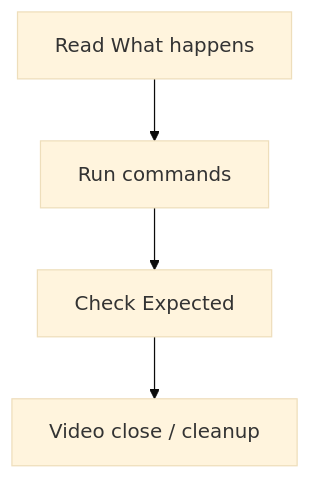
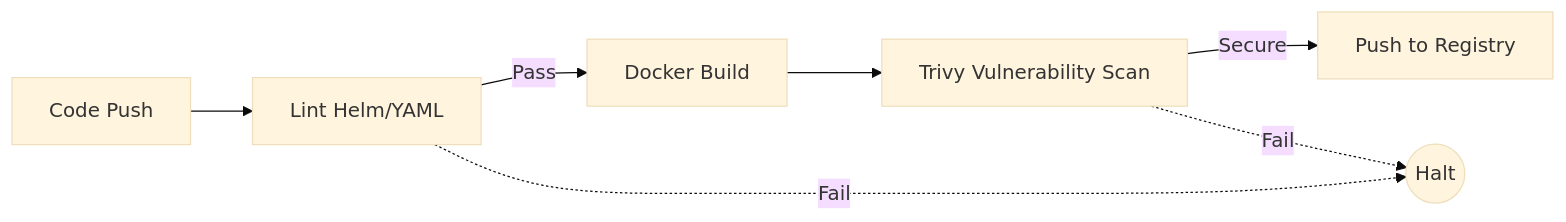
The diagram in 04-CICD-and-GitOps/01-pipeline-design/README.md (TechITFactory/KubernetesFullStackOps), drawn with Mermaid (base theme) before and after one commit. The commit also changed other lines of this file and 191 other files, not shown here.

````diff
--- a/04-CICD-and-GitOps/01-pipeline-design/README.md
+++ b/04-CICD-and-GitOps/01-pipeline-design/README.md
@@ -83,6 +25,10 @@
 ```mermaid
-flowchart TD
-  A[Read What happens] --> B[Run commands]
-  B --> C[Check Expected]
-  C --> D[Video close / cleanup]
+flowchart LR
+    Push[Code Push] --> L[Lint Helm/YAML]
+    L -->|Pass| B[Docker Build]
+    B --> S[Trivy Vulnerability Scan]
+    S -->|Secure| P[Push to Registry]
+    
+    L -.->|Fail| F((Halt))
+    S -.->|Fail| F
 ```
````
